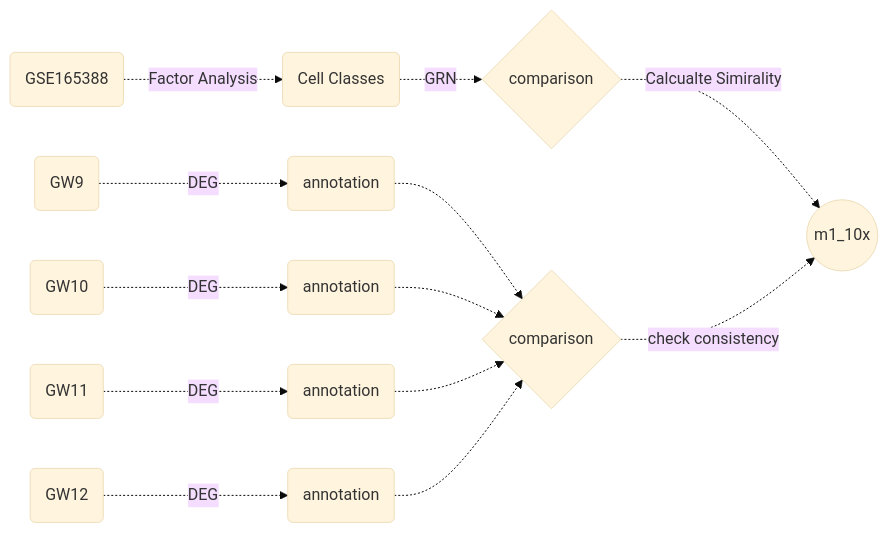
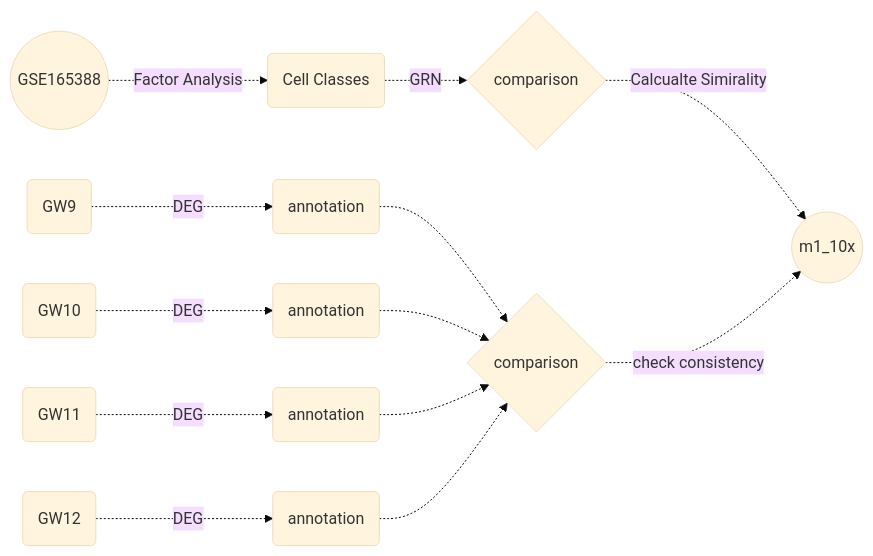
The second of 2 diagrams in code/01_preprocess_gse165388/README.md (yo-aka-gene/algebra_ver822), drawn with Mermaid (base theme) before and after one commit. The commit also changed other lines of this file, not shown here.

Commit message:
:art: modified icon for whole datasets

````diff
--- a/code/01_preprocess_gse165388/README.md
+++ b/code/01_preprocess_gse165388/README.md
@@ -30,17 +30,17 @@
 ```{mermaid}
 graph LR
-I("GSE165388")-."Factor Analysis".->J("Cell Classes")-."GRN".->K{"comparison"}
+I(("GSE165388"))-."Factor Analysis".->J("Cell Classes")-."GRN".->K{"comparison"}
 
     E("GW9")-."DEG".->L("annotation")
     F("GW10")-."DEG".->M("annotation")
     G("GW11")-."DEG".->N("annotation")
     H("GW12")-."DEG".->O("annotation")
 
     L-.->P{"comparison"}
     M-.->P
     N-.->P
     O-.->P
 
     K-."Calcualte Simirality".->Q(("m1_10x"))
     P-."check consistency".->Q
 ```
````
